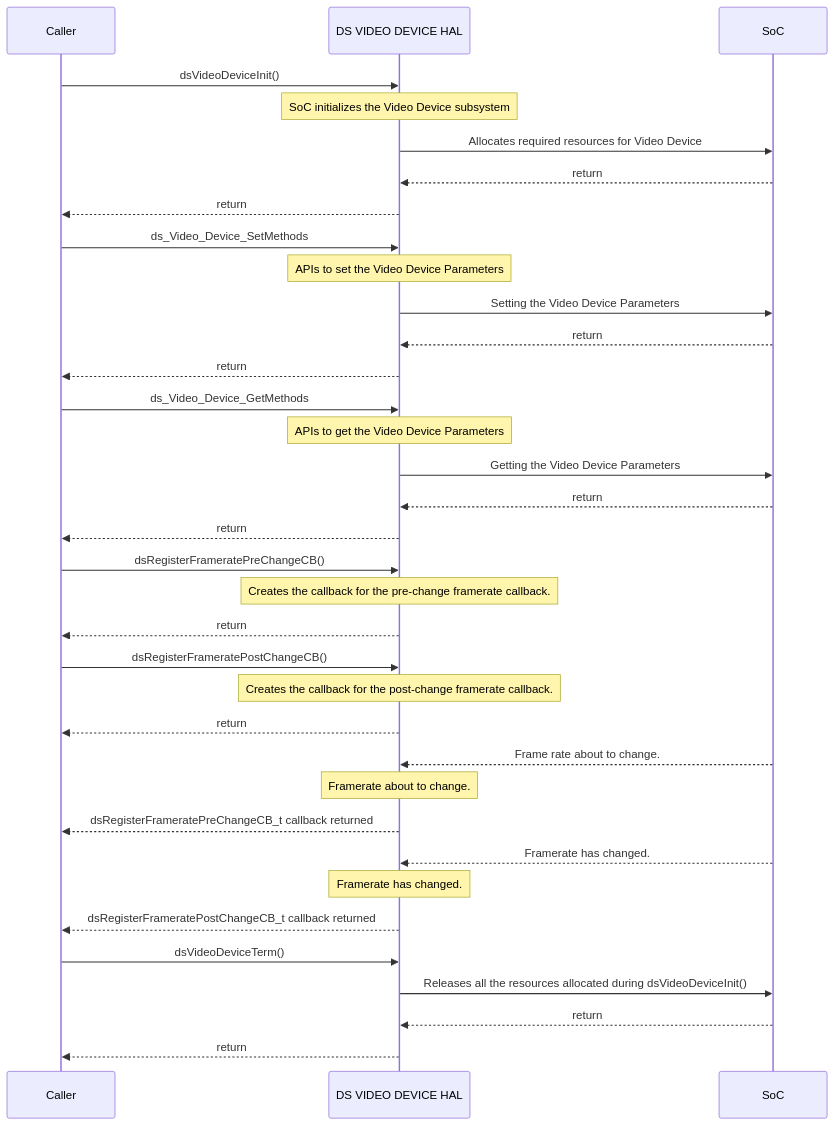
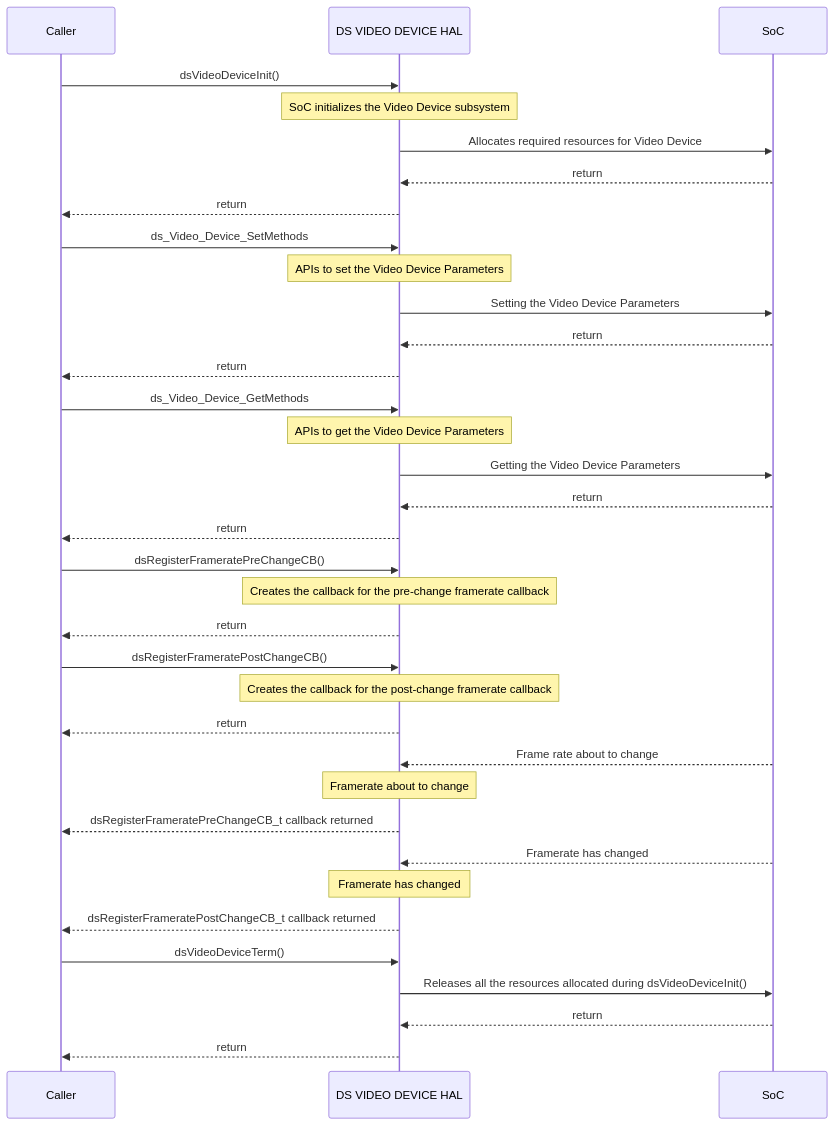
Before and after one commit to rdkcentral/rdk-halif-device_settings: the second of 2 diagrams in docs/pages/ds-video-device_halSpec.md, drawn with Mermaid.

Commit message:
Update videoDevice sequence diagram

```````diff
--- a/docs/pages/ds-video-device_halSpec.md
+++ b/docs/pages/ds-video-device_halSpec.md
@@ -174,38 +174,38 @@
 ```mermaid
 %%{ init : { "theme" : "default", "flowchart" : { "curve" : "stepBefore" }}}%%
    sequenceDiagram
     participant Caller as Caller
     participant HAL as DS VIDEO DEVICE HAL
     participant Driver as SoC
     Caller->>HAL:dsVideoDeviceInit()
     Note over HAL: SoC initializes the Video Device subsystem
     HAL->>Driver: Allocates required resources for Video Device
     Driver-->>HAL:return
     HAL-->>Caller:return
     Caller->>HAL: ds_Video_Device_SetMethods
     Note over HAL: APIs to set the Video Device Parameters
     HAL->>Driver:Setting the Video Device Parameters
     Driver-->>HAL:return
     HAL-->>Caller:return
     Caller->>HAL: ds_Video_Device_GetMethods
     Note over HAL: APIs to get the Video Device Parameters
     HAL->>Driver:Getting the Video Device Parameters
     Driver-->>HAL:return
     HAL-->>Caller:return
     Caller->>HAL:dsRegisterFrameratePreChangeCB()
-    Note over HAL: Creates the callback for the pre-change framerate callback.
+    Note over HAL: Creates the callback for the pre-change framerate callback
     HAL-->>Caller:return
     Caller->>HAL:dsRegisterFrameratePostChangeCB()
-    Note over HAL: Creates the callback for the post-change framerate callback.
+    Note over HAL: Creates the callback for the post-change framerate callback
     HAL-->>Caller:return
-    Driver-->>HAL:Frame rate about to change.
-    Note over HAL: Framerate about to change.
+    Driver-->>HAL:Frame rate about to change
+    Note over HAL: Framerate about to change
     HAL-->>Caller:dsRegisterFrameratePreChangeCB_t callback returned
-    Driver-->>HAL:Framerate has changed.
-    Note over HAL: Framerate has changed.
+    Driver-->>HAL:Framerate has changed
+    Note over HAL: Framerate has changed
     HAL-->>Caller:dsRegisterFrameratePostChangeCB_t callback returned
     Caller ->>HAL:dsVideoDeviceTerm()
     HAL ->> Driver: Releases all the resources allocated during dsVideoDeviceInit()
     Driver-->>HAL:return
     HAL-->>Caller:return
 ``````
```````
